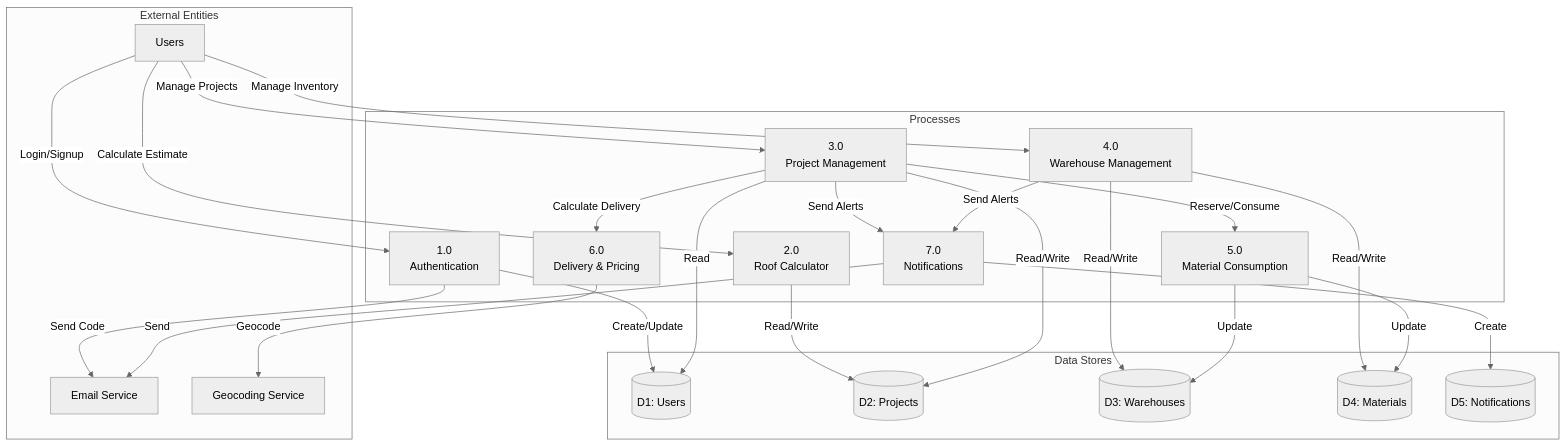
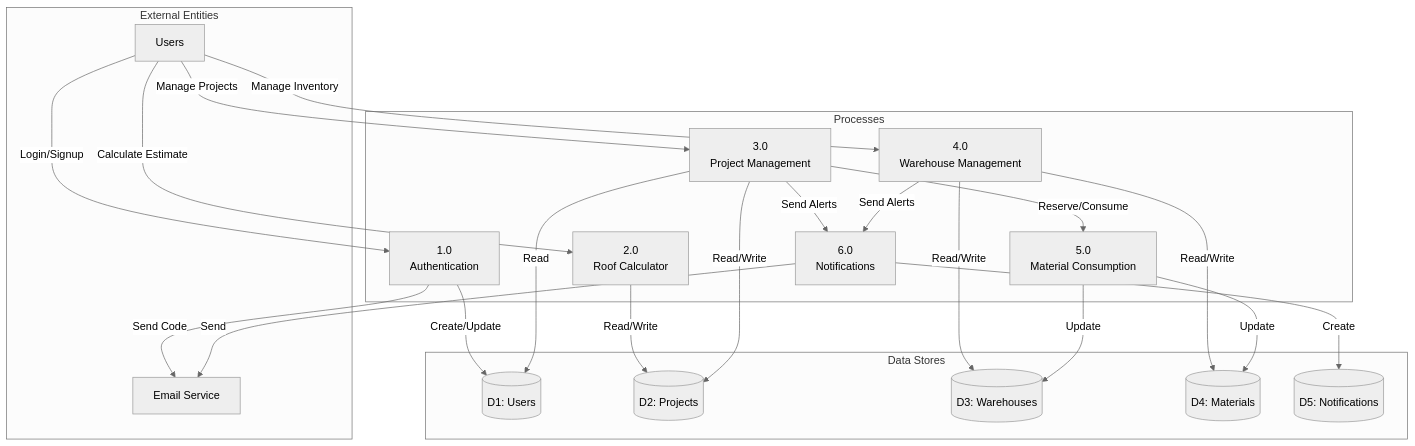
The ninth of 13 diagrams in README.md (Justin322322/roofcal), drawn with Mermaid (neutral theme) before and after one commit. The commit also changed other lines of this file and 2 other files, not shown here.

````diff
--- a/README.md
+++ b/README.md
@@ -638,53 +593,48 @@
 ```mermaid
 flowchart TB
     subgraph "External Entities"
         USER[Users]
         EMAIL[Email Service]
-        GEO[Geocoding Service]
     end
 
     subgraph "Processes"
         P1[1.0<br/>Authentication]
         P2[2.0<br/>Roof Calculator]
         P3[3.0<br/>Project Management]
         P4[4.0<br/>Warehouse Management]
         P5[5.0<br/>Material Consumption]
-        P6[6.0<br/>Delivery & Pricing]
-        P7[7.0<br/>Notifications]
+        P6[6.0<br/>Notifications]
     end
 
     subgraph "Data Stores"
         D1[(D1: Users)]
         D2[(D2: Projects)]
         D3[(D3: Warehouses)]
         D4[(D4: Materials)]
         D5[(D5: Notifications)]
     end
 
     USER -->|Login/Signup| P1
     P1 -->|Create/Update| D1
     P1 -->|Send Code| EMAIL
     
     USER -->|Calculate Estimate| P2
     P2 -->|Read/Write| D2
     
     USER -->|Manage Projects| P3
     P3 -->|Read/Write| D2
     P3 -->|Read| D1
     
     USER -->|Manage Inventory| P4
     P4 -->|Read/Write| D3
     P4 -->|Read/Write| D4
     
     P3 -->|Reserve/Consume| P5
     P5 -->|Update| D4
     P5 -->|Update| D3
     
-    P3 -->|Calculate Delivery| P6
-    P6 -->|Geocode| GEO
-    
-    P3 -->|Send Alerts| P7
-    P4 -->|Send Alerts| P7
-    P7 -->|Create| D5
-    P7 -->|Send| EMAIL
+    P3 -->|Send Alerts| P6
+    P4 -->|Send Alerts| P6
+    P6 -->|Create| D5
+    P6 -->|Send| EMAIL
 ```
````
